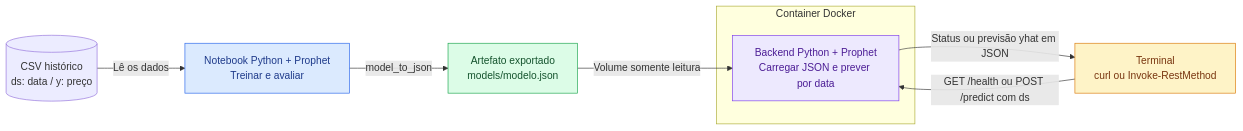
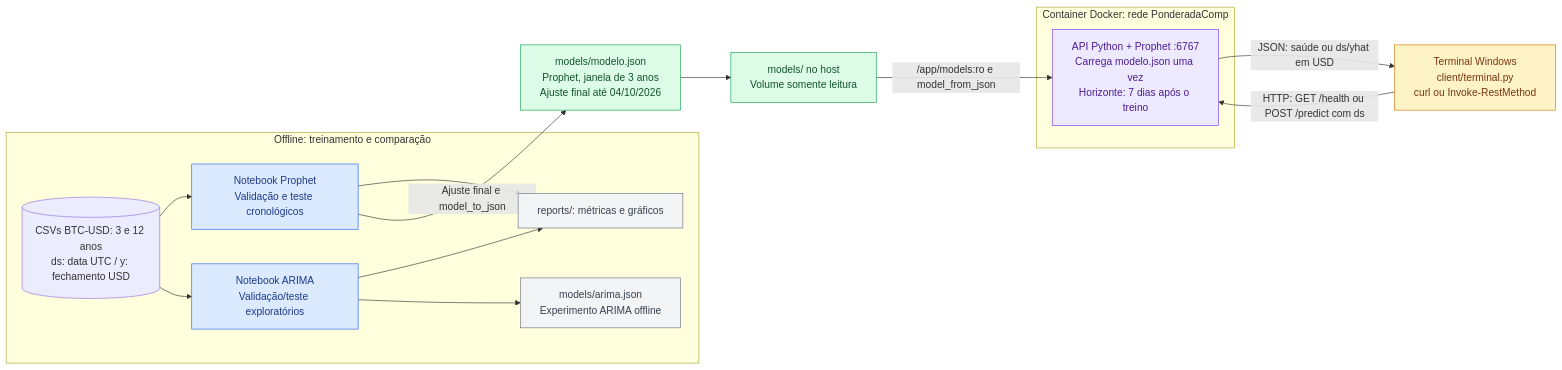
The diagram in docs/arquitetura.mmd (C-Icaro/ponderada-m7-predicao-moeda), drawn with Mermaid before and after one commit. The commit also changed 8 other files, not shown here.

```diff
--- a/docs/arquitetura.mmd
+++ b/docs/arquitetura.mmd
@@ -1,25 +1,40 @@
 flowchart LR
-    CSV[("CSV histórico<br/>ds: data / y: preço")]
-    Treino["Notebook Python + Prophet<br/>Treinar e avaliar"]
-    Modelo["Artefato exportado<br/>models/modelo.json"]
+    subgraph Offline["Offline: treinamento e comparação"]
+        CSV[("CSVs BTC-USD: 3 e 12 anos<br/>ds: data UTC / y: fechamento USD")]
+        Prophet["Notebook Prophet<br/>Validação e teste cronológicos"]
+        ARIMA["Notebook ARIMA<br/>Validação/teste exploratórios"]
+        Reports["reports/: métricas e gráficos"]
+        ModeloARIMA["models/arima.json<br/>Experimento ARIMA offline"]
 
-    subgraph Docker["Container Docker"]
-        API["Backend Python + Prophet<br/>Carregar JSON e prever por data"]
+        CSV --> Prophet
+        CSV --> ARIMA
+        Prophet --> Reports
+        ARIMA --> Reports
+        ARIMA --> ModeloARIMA
     end
 
-    Terminal["Terminal<br/>curl ou Invoke-RestMethod"]
+    Modelo["models/modelo.json<br/>Prophet, janela de 3 anos<br/>Ajuste final até 04/10/2026"]
+    Volume["models/ no host<br/>Volume somente leitura"]
 
-    CSV -->|Lê os dados| Treino
-    Treino -->|model_to_json| Modelo
-    Modelo -->|Volume somente leitura| API
-    Terminal -->|"GET /health ou POST /predict com ds"| API
-    API -->|"Status ou previsão yhat em JSON"| Terminal
+    subgraph Docker["Container Docker: rede PonderadaComp"]
+        API["API Python + Prophet :6767<br/>Carrega modelo.json uma vez<br/>Horizonte: 7 dias após o treino"]
+    end
+
+    Terminal["Terminal Windows<br/>client/terminal.py<br/>curl ou Invoke-RestMethod"]
+
+    Prophet -->|"Ajuste final e model_to_json"| Modelo
+    Modelo --> Volume
+    Volume -->|"/app/models:ro e model_from_json"| API
+    Terminal -->|"HTTP: GET /health ou POST /predict com ds"| API
+    API -->|"JSON: saúde ou ds/yhat em USD"| Terminal
 
     classDef treino fill:#dbeafe,stroke:#2563eb,color:#1e3a8a
     classDef modelo fill:#dcfce7,stroke:#16a34a,color:#14532d
+    classDef offline fill:#f3f4f6,stroke:#6b7280,color:#374151
     classDef servico fill:#ede9fe,stroke:#7c3aed,color:#4c1d95
     classDef cliente fill:#fef3c7,stroke:#d97706,color:#78350f
-    class Treino treino
-    class Modelo modelo
+    class Prophet,ARIMA treino
+    class Modelo,Volume modelo
+    class Reports,ModeloARIMA offline
     class API servico
     class Terminal cliente
```
